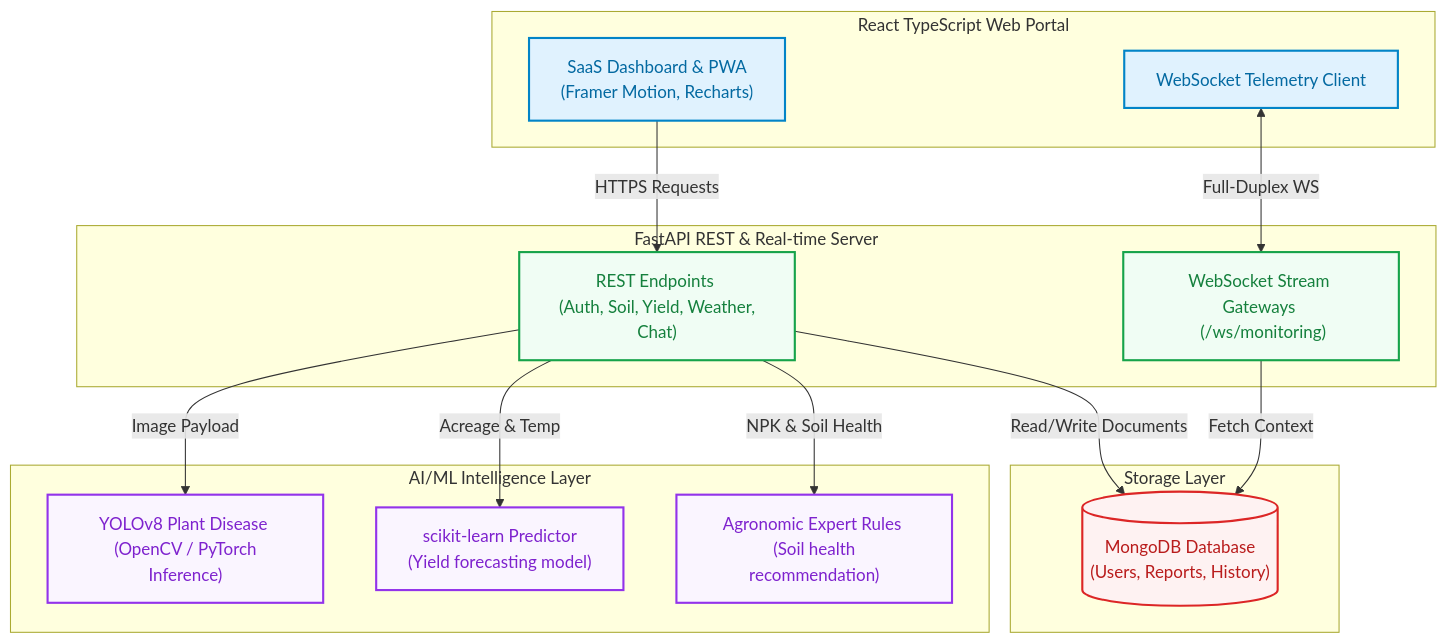
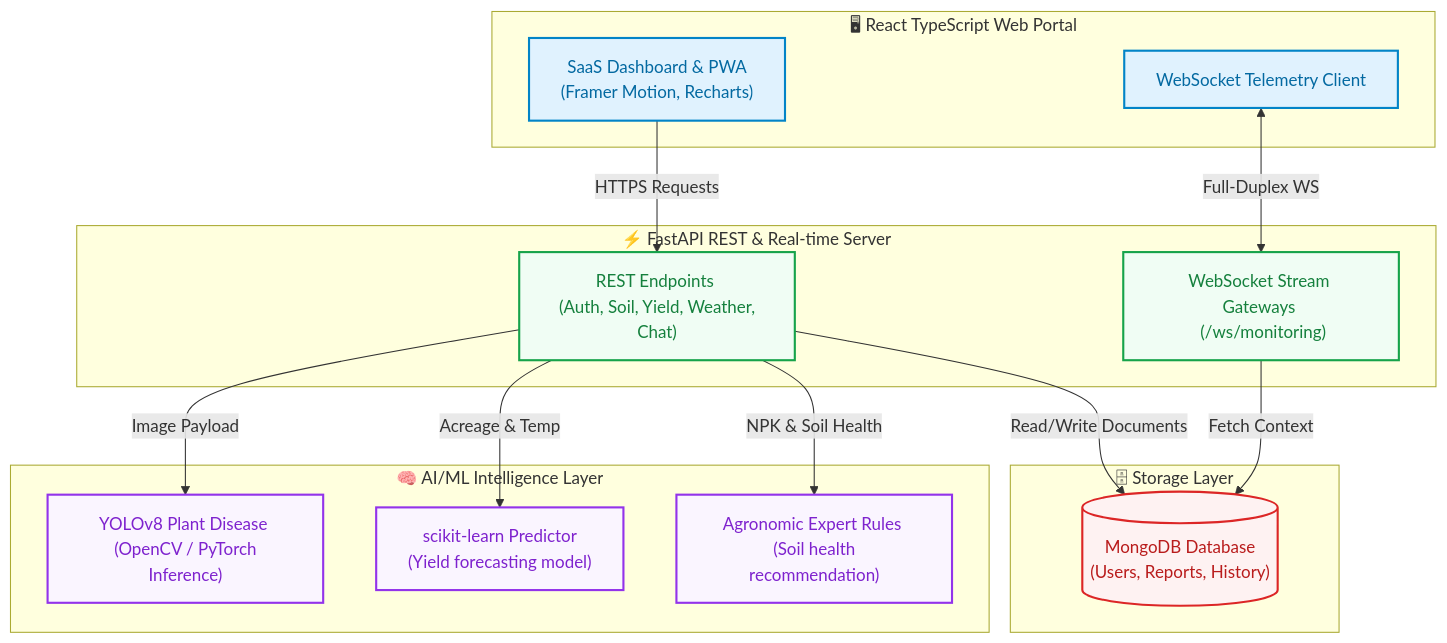
The diagram in README.md (abakaushik-lgtm/SmartAgricultureIntelligenceSystem), drawn with Mermaid before and after one commit. The commit also changed other lines of this file and 1 other file, not shown here.

Commit message:
docs: restructure README with Problem → Solution → Features → Screenshots → Tech → Setup → Demo → Future flow

````diff
--- a/README.md
+++ b/README.md
@@ -63,40 +484,36 @@
 ```mermaid
 graph TD
     %% Styling
     classDef client fill:#e0f2fe,stroke:#0284c7,stroke-width:2px,color:#0369a1;
     classDef backend fill:#f0fdf4,stroke:#16a34a,stroke-width:2px,color:#15803d;
     classDef ai fill:#faf5ff,stroke:#9333ea,stroke-width:2px,color:#7e22ce;
     classDef db fill:#fef2f2,stroke:#dc2626,stroke-width:2px,color:#b91c1c;
 
-    %% Nodes
-    subgraph Client [React TypeScript Web Portal]
+    subgraph Client ["🖥 React TypeScript Web Portal"]
         UI["SaaS Dashboard & PWA <br/> (Framer Motion, Recharts)"]:::client
         WS["WebSocket Telemetry Client"]:::client
     end
 
-    subgraph Server [FastAPI REST & Real-time Server]
+    subgraph Server ["⚡ FastAPI REST & Real-time Server"]
         API["REST Endpoints <br/> (Auth, Soil, Yield, Weather, Chat)"]:::backend
         Stream["WebSocket Stream Gateways <br/> (/ws/monitoring)"]:::backend
     end
 
-    subgraph AI [AI/ML Intelligence Layer]
+    subgraph AI ["🧠 AI/ML Intelligence Layer"]
         YOLO["YOLOv8 Plant Disease <br/> (OpenCV / PyTorch Inference)"]:::ai
         Yield["scikit-learn Predictor <br/> (Yield forecasting model)"]:::ai
         Rules["Agronomic Expert Rules <br/> (Soil health recommendation)"]:::ai
     end
 
-    subgraph Data [Storage Layer]
+    subgraph Data ["🗄 Storage Layer"]
         Mongo[("MongoDB Database <br/> (Users, Reports, History)")]:::db
     end
 
-    %% Connections
     UI -->|HTTPS Requests| API
     WS <-->|Full-Duplex WS| Stream
-    
     API -->|Image Payload| YOLO
     API -->|Acreage & Temp| Yield
     API -->|NPK & Soil Health| Rules
-
     API -->|Read/Write Documents| Mongo
     Stream -->|Fetch Context| Mongo
 ```
````
